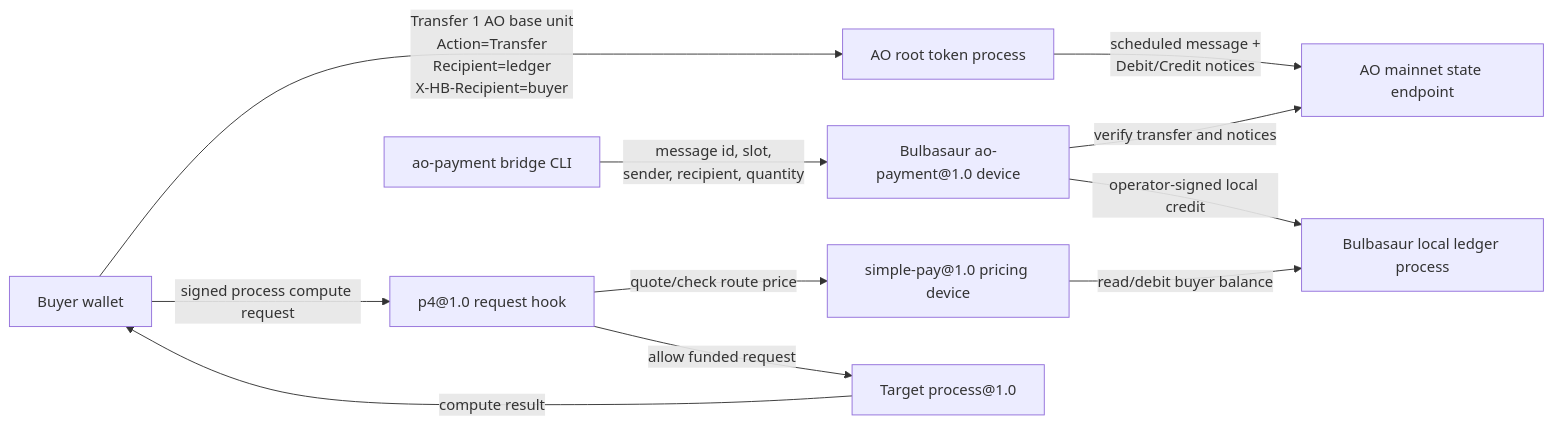
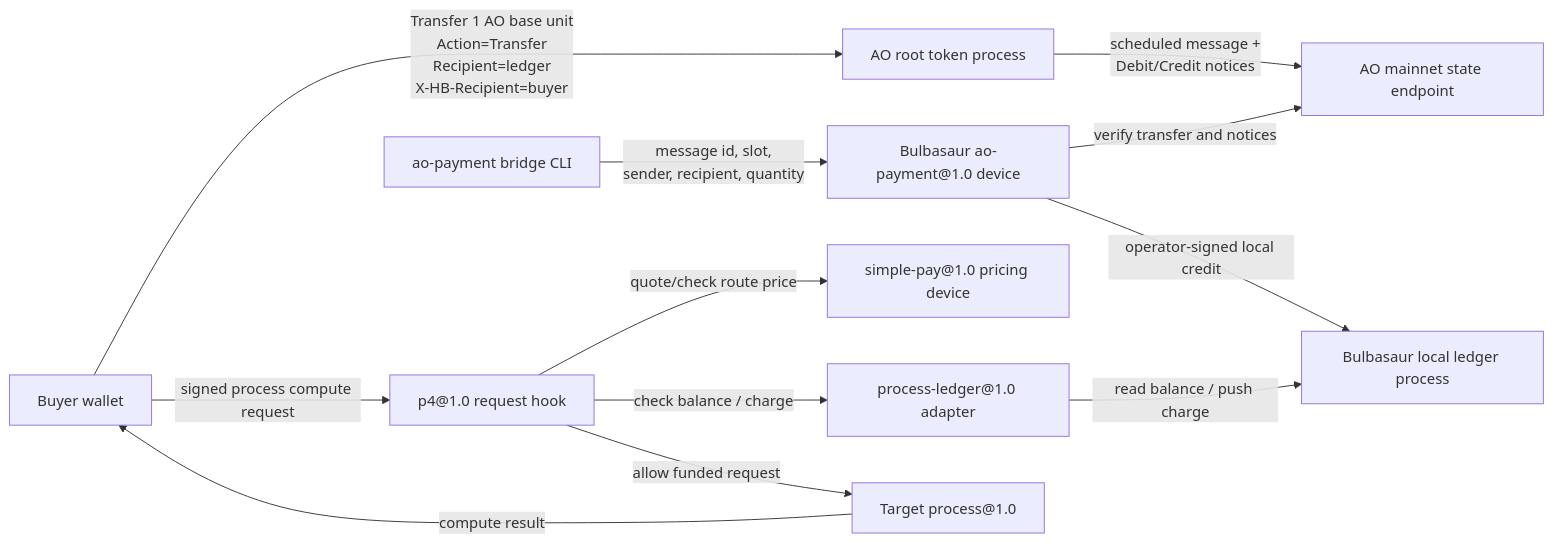
One commit to xylophonez/bulbasaur changed the diagram in BULBASAUR.md. Above: the diagram before and after it, drawn with Mermaid. The commit also changed other lines of this file and 5 other files, not shown here.

Commit message:
Add process-ledger device

````diff
--- a/BULBASAUR.md
+++ b/BULBASAUR.md
@@ -57,24 +59,26 @@
 ```mermaid
 flowchart LR
     Buyer["Buyer wallet"]
     AO["AO root token process"]
     State["AO mainnet state endpoint"]
     Bridge["ao-payment bridge CLI"]
     Device["Bulbasaur ao-payment@1.0 device"]
     Ledger["Bulbasaur local ledger process"]
     P4["p4@1.0 request hook"]
     Pay["simple-pay@1.0 pricing device"]
+    PL["process-ledger@1.0 adapter"]
     Proc["Target process@1.0"]
 
     Buyer -->|"Transfer 1 AO base unit<br/>Action=Transfer<br/>Recipient=ledger<br/>X-HB-Recipient=buyer"| AO
     AO -->|"scheduled message +<br/>Debit/Credit notices"| State
     Bridge -->|"message id, slot,<br/>sender, recipient, quantity"| Device
     Device -->|"verify transfer and notices"| State
     Device -->|"operator-signed local credit"| Ledger
 
     Buyer -->|"signed process compute request"| P4
     P4 -->|"quote/check route price"| Pay
-    Pay -->|"read/debit buyer balance"| Ledger
+    P4 -->|"check balance / charge"| PL
+    PL -->|"read balance / push charge"| Ledger
     P4 -->|"allow funded request"| Proc
     Proc -->|"compute result"| Buyer
 ```
````
